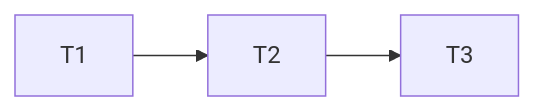
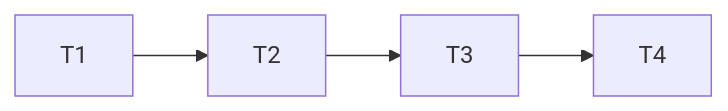
One commit to Ronald-Lacerda/my-watched-list changed the diagram in .specs/features/redesign-sessao/tasks.md. Above: the diagram before and after it, drawn with Mermaid. The commit also changed other lines of this file and 3 other files, not shown here.

````diff
--- a/.specs/features/redesign-sessao/tasks.md
+++ b/.specs/features/redesign-sessao/tasks.md
@@ -5,4 +5,4 @@
 ```mermaid
 flowchart LR
-  T1 --> T2 --> T3
+  T1 --> T2 --> T3 --> T4
 ```
````
